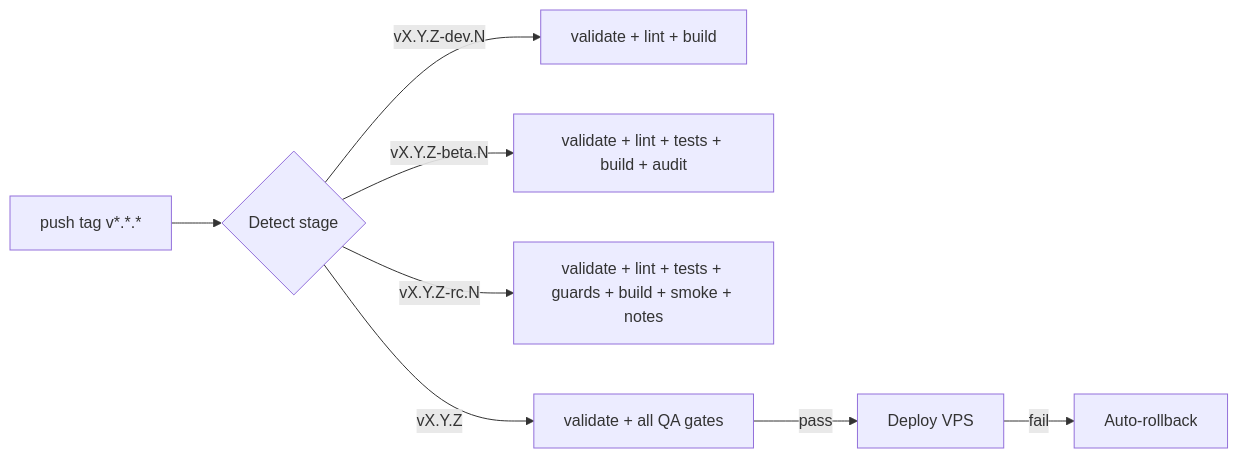
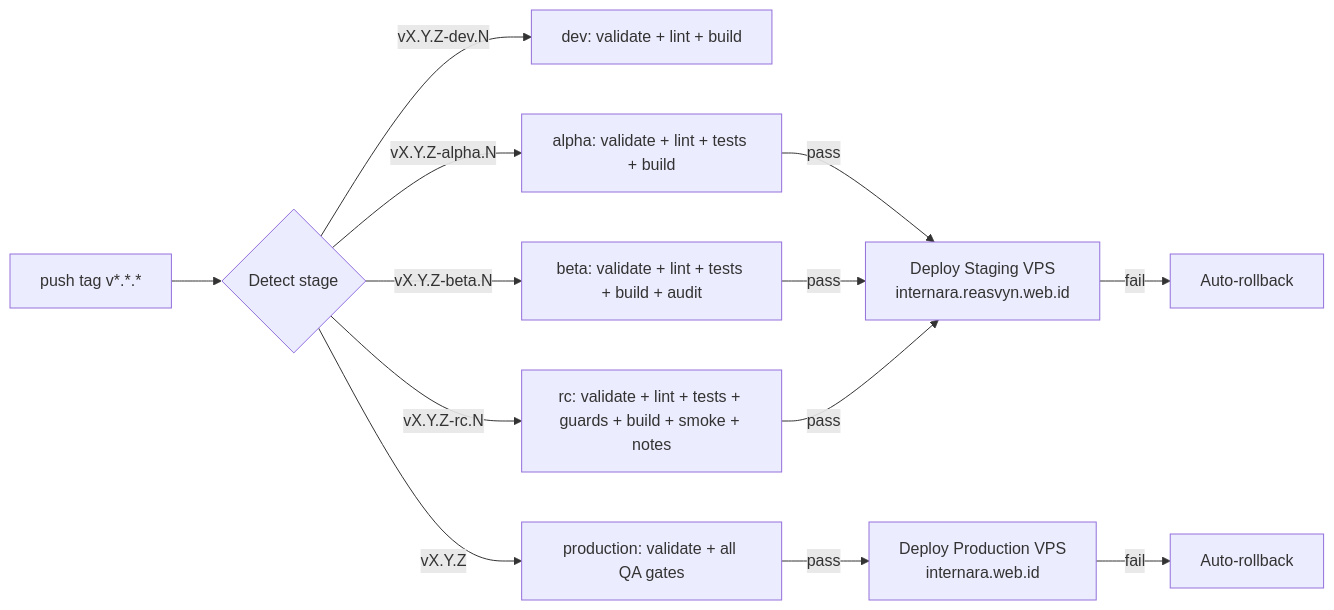
One commit to reasvyn/internara changed the diagram in docs/guides/infra/ci-cd.md. Above: the diagram before and after it, drawn with Mermaid. The commit also changed other lines of this file and 2 other files, not shown here.

Commit message:
feat(ci): add pre-release docker deployment to internara.reasvyn.web.id

````diff
--- a/docs/guides/infra/ci-cd.md
+++ b/docs/guides/infra/ci-cd.md
@@ -30,11 +32,15 @@
 ```mermaid
 flowchart LR
     T[push tag v*.*.*] --> D{Detect stage}
-    D -->|vX.Y.Z-dev.N| VALIDATE[validate + lint + build]
-    D -->|vX.Y.Z-beta.N| TEST[validate + lint + tests + build + audit]
-    D -->|vX.Y.Z-rc.N| RC[validate + lint + tests + guards + build + smoke + notes]
-    D -->|vX.Y.Z| PROD[validate + all QA gates]
-    PROD -->|pass| DEP[Deploy VPS]
-    DEP -->|fail| ROLL[Auto-rollback]
-
+    D -->|vX.Y.Z-dev.N| DEV[dev: validate + lint + build]
+    D -->|vX.Y.Z-alpha.N| ALPHA[alpha: validate + lint + tests + build]
+    D -->|vX.Y.Z-beta.N| BETA[beta: validate + lint + tests + build + audit]
+    D -->|vX.Y.Z-rc.N| RC[rc: validate + lint + tests + guards + build + smoke + notes]
+    D -->|vX.Y.Z| PROD[production: validate + all QA gates]
+    ALPHA -->|pass| STAGING_DEP[Deploy Staging VPS<br/>internara.reasvyn.web.id]
+    BETA -->|pass| STAGING_DEP
+    RC -->|pass| STAGING_DEP
+    PROD -->|pass| PROD_DEP[Deploy Production VPS<br/>internara.web.id]
+    STAGING_DEP -->|fail| STAGING_ROLL[Auto-rollback]
+    PROD_DEP -->|fail| PROD_ROLL[Auto-rollback]
 ```
````
